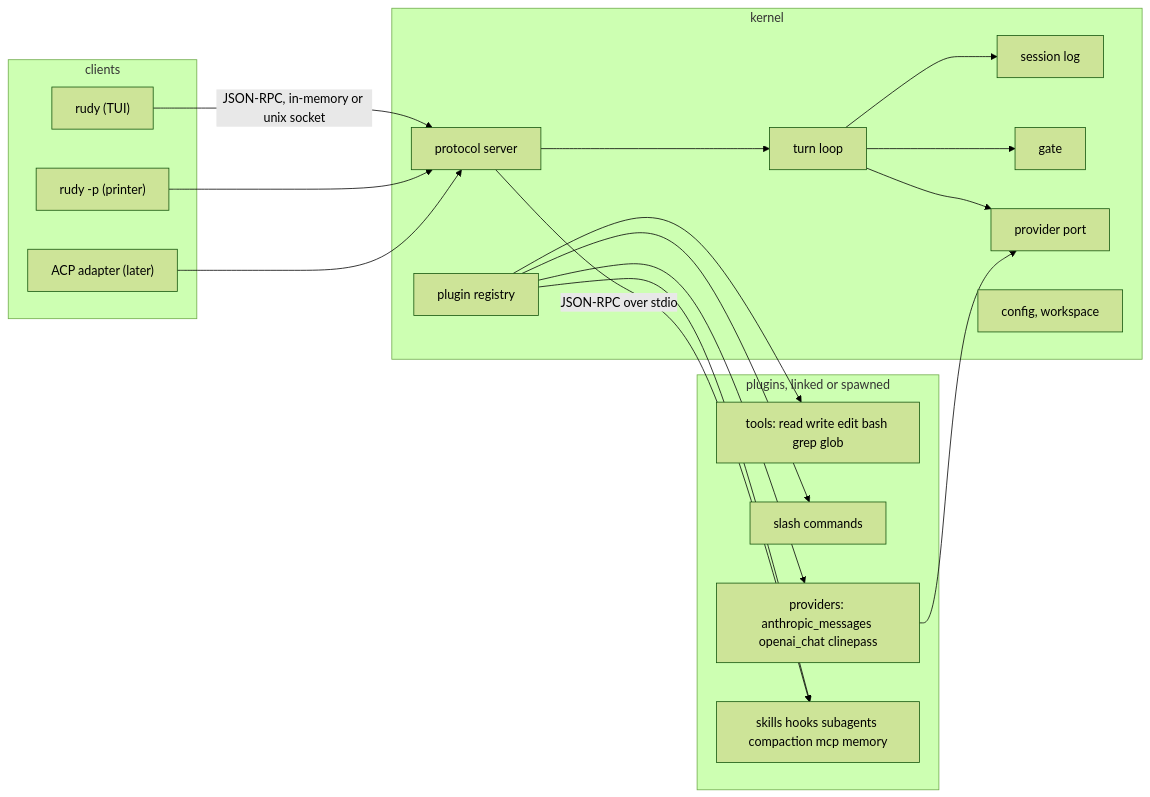
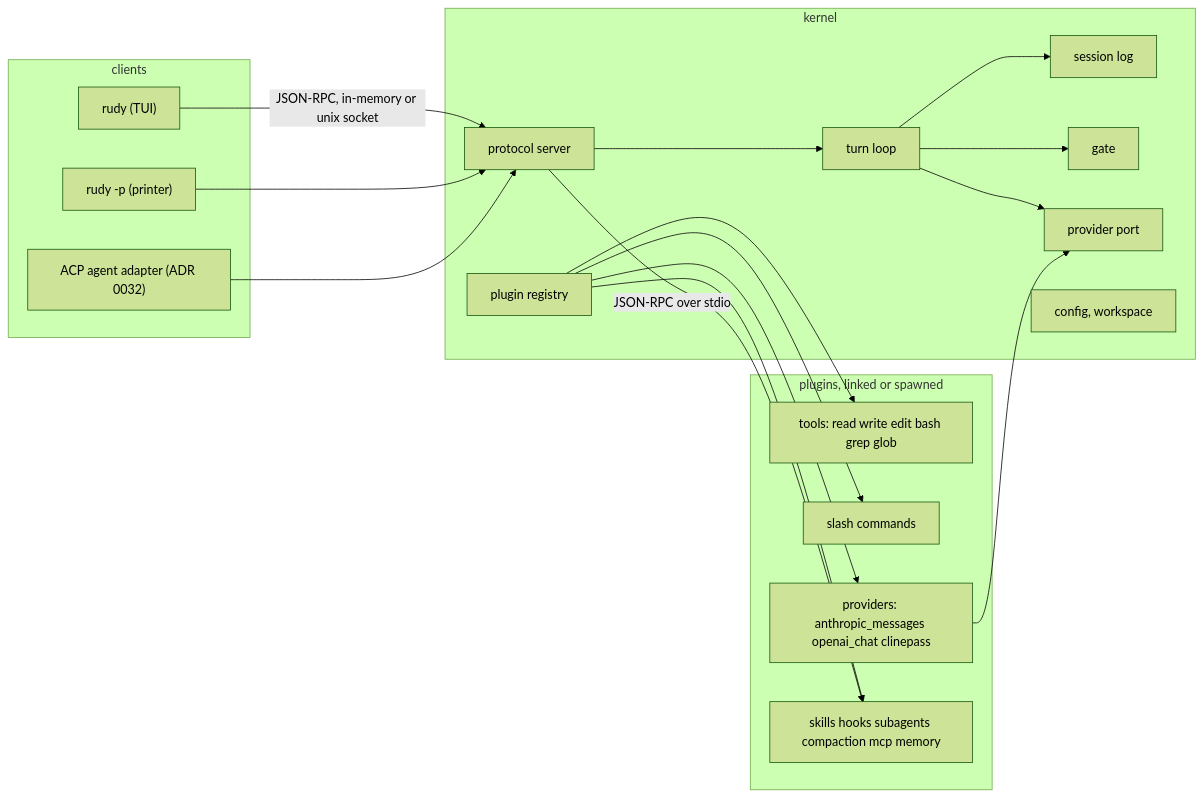
One commit to guygrigsby/rudy changed the diagram in docs/specs/2026-09-07-rudy-design.md. Above: the diagram before and after it, drawn with Mermaid (forest theme). The commit also changed other lines of this file and 7 other files, not shown here.

````diff
--- a/docs/specs/2026-09-07-rudy-design.md
+++ b/docs/specs/2026-09-07-rudy-design.md
@@ -45,36 +45,36 @@
 ```mermaid
 flowchart LR
     subgraph clients["clients"]
         TUI["rudy (TUI)"]
         P["rudy -p (printer)"]
-        ACP["ACP adapter (later)"]
+        ACP["ACP agent adapter (ADR 0032)"]
     end
     subgraph kernel["kernel"]
         SRV["protocol server"]
         LOG["session log"]
         LOOP["turn loop"]
         GATE["gate"]
         REG["plugin registry"]
         PORT["provider port"]
         CFG["config, workspace"]
     end
     subgraph plugins["plugins, linked or spawned"]
         TOOLS["tools: read write edit bash grep glob"]
         CMDS["slash commands"]
         PROV["providers: anthropic_messages openai_chat clinepass"]
         EXT["skills hooks subagents compaction mcp memory"]
     end
     TUI -- "JSON-RPC, in-memory or unix socket" --> SRV
     P --> SRV
     ACP --> SRV
     SRV --> LOOP
     LOOP --> LOG
     LOOP --> GATE
     LOOP --> PORT
     REG --> TOOLS
     REG --> CMDS
     REG --> PROV
     REG --> EXT
     PROV --> PORT
     SRV -- "JSON-RPC over stdio" --> EXT
 ```
````
